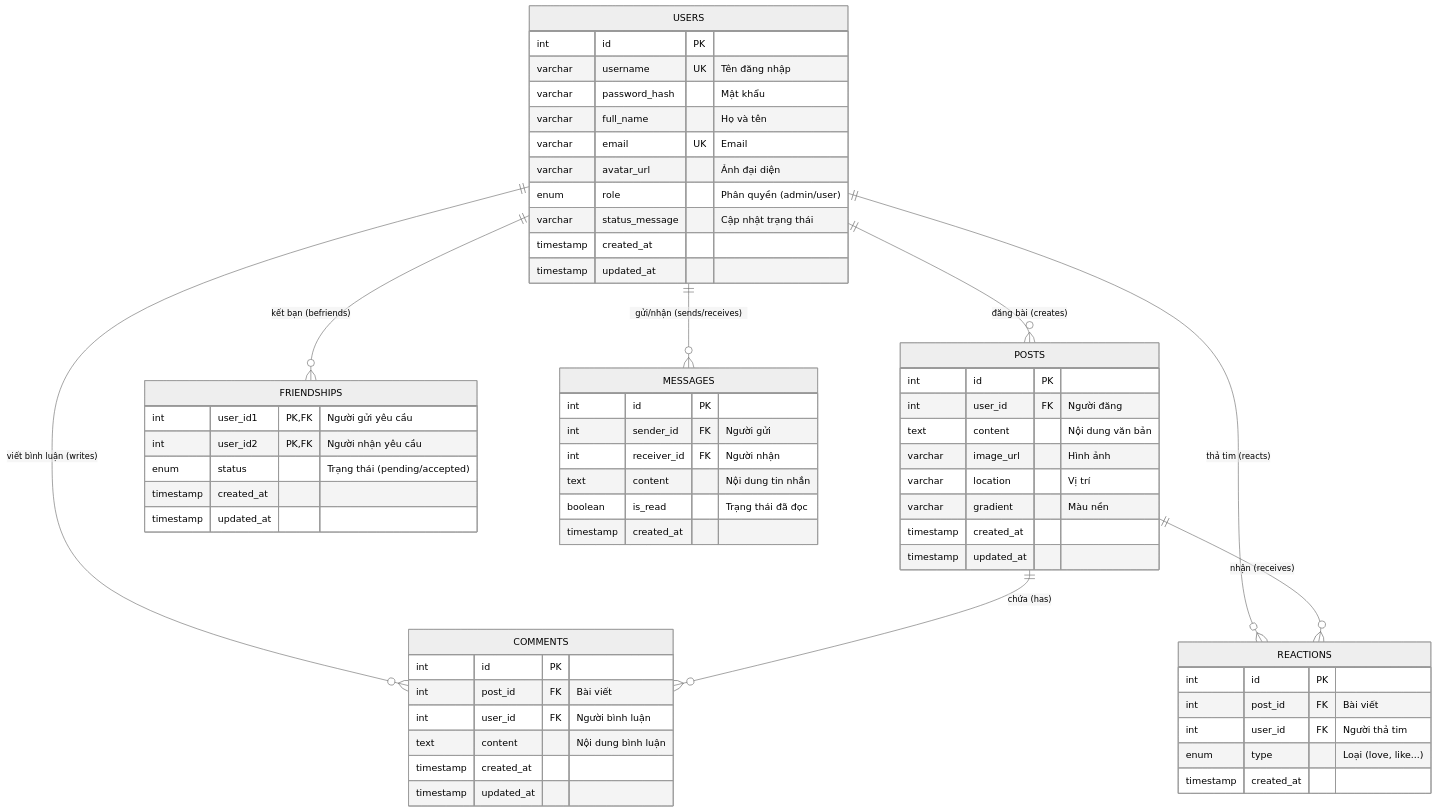
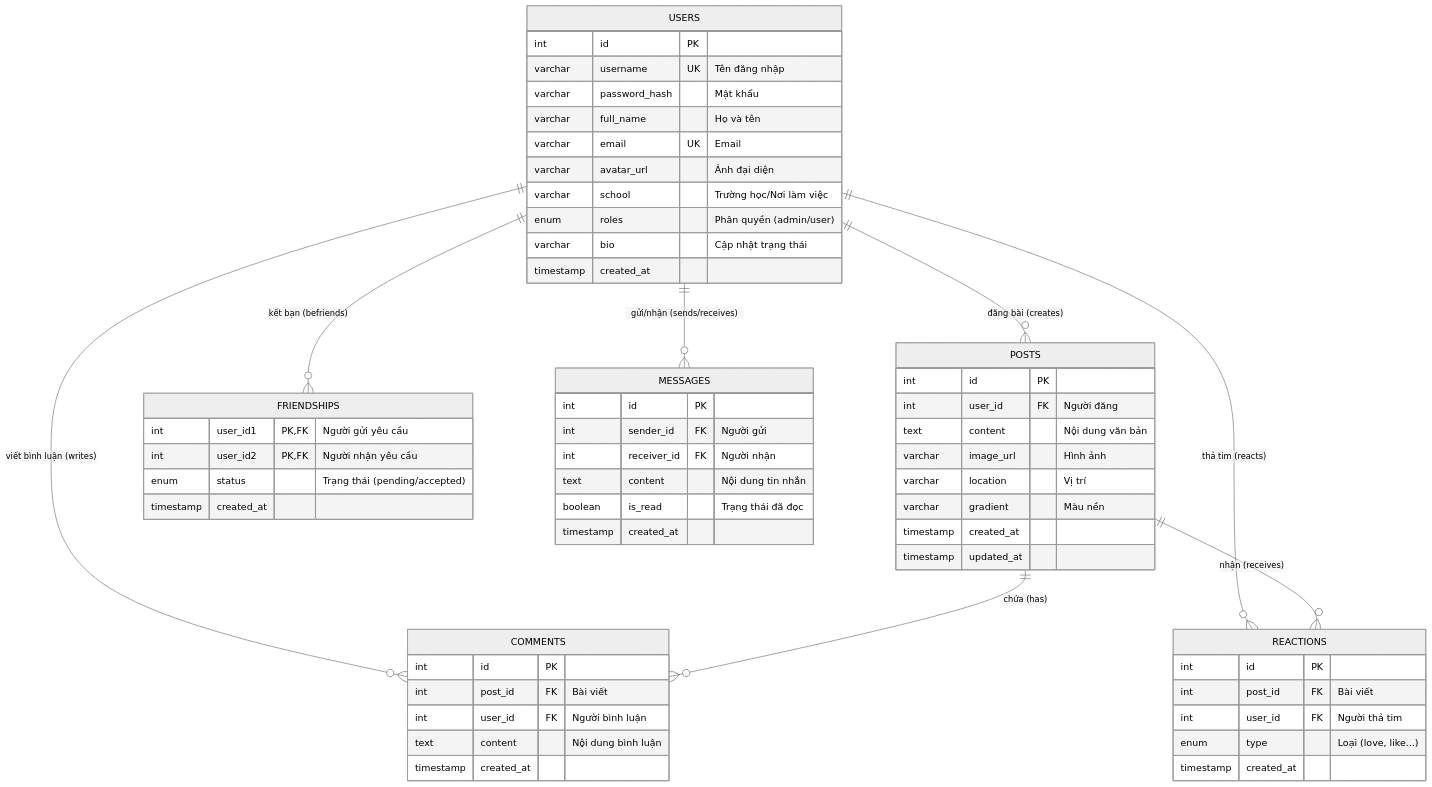
One commit to vhieu2k5/Socialita changed the diagram in mini_social_erd.md. Above: the diagram before and after it, drawn with Mermaid (neutral theme). The commit also changed 9 other files, not shown here.

````diff
--- a/mini_social_erd.md
+++ b/mini_social_erd.md
@@ -5,69 +5,67 @@
 ```mermaid
 erDiagram
     USERS {
         int id PK
         varchar username UK "Tên đăng nhập"
         varchar password_hash "Mật khẩu"
         varchar full_name "Họ và tên"
         varchar email UK "Email"
         varchar avatar_url "Ảnh đại diện"
-        enum role "Phân quyền (admin/user)"
-        varchar status_message "Cập nhật trạng thái"
+        varchar school "Trường học/Nơi làm việc"
+        enum roles "Phân quyền (admin/user)"
+        varchar bio "Cập nhật trạng thái"
         timestamp created_at
-        timestamp updated_at
     }
     
     POSTS {
         int id PK
         int user_id FK "Người đăng"
         text content "Nội dung văn bản"
         varchar image_url "Hình ảnh"
         varchar location "Vị trí"
         varchar gradient "Màu nền"
         timestamp created_at
         timestamp updated_at
     }
     
     FRIENDSHIPS {
         int user_id1 PK, FK "Người gửi yêu cầu"
         int user_id2 PK, FK "Người nhận yêu cầu"
         enum status "Trạng thái (pending/accepted)"
         timestamp created_at
-        timestamp updated_at
     }
     
     MESSAGES {
         int id PK
         int sender_id FK "Người gửi"
         int receiver_id FK "Người nhận"
         text content "Nội dung tin nhắn"
         boolean is_read "Trạng thái đã đọc"
         timestamp created_at
     }
     
     COMMENTS {
         int id PK
         int post_id FK "Bài viết"
         int user_id FK "Người bình luận"
         text content "Nội dung bình luận"
         timestamp created_at
-        timestamp updated_at
     }
     
     REACTIONS {
         int id PK
         int post_id FK "Bài viết"
         int user_id FK "Người thả tim"
         enum type "Loại (love, like...)"
         timestamp created_at
     }
 
     %% Quan hệ giữa các bảng
     USERS ||--o{ POSTS : "đăng bài (creates)"
     USERS ||--o{ COMMENTS : "viết bình luận (writes)"
     USERS ||--o{ REACTIONS : "thả tim (reacts)"
     USERS ||--o{ MESSAGES : "gửi/nhận (sends/receives)"
     USERS ||--o{ FRIENDSHIPS : "kết bạn (befriends)"
     POSTS ||--o{ COMMENTS : "chứa (has)"
     POSTS ||--o{ REACTIONS : "nhận (receives)"
 ```
````
